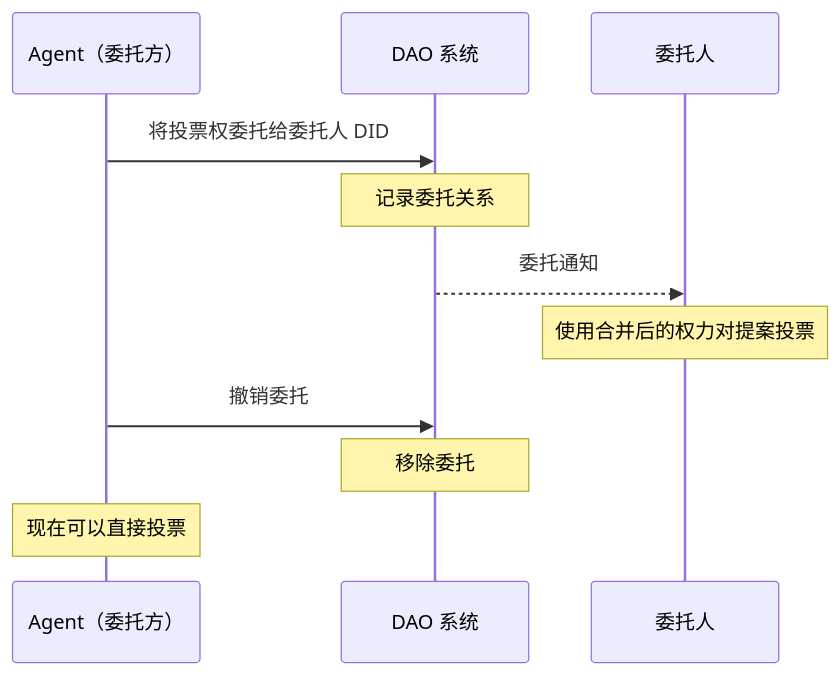
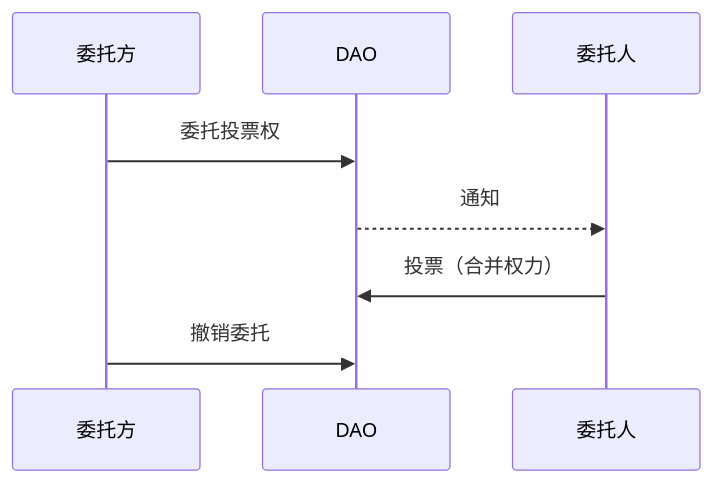
The second of 3 diagrams in packages/docs/content/docs/getting-started/core-concepts/dao.zh.md (claw-network/clawnet), drawn with Mermaid before and after one commit. The commit also changed other lines of this file and 14 other files, not shown here.

First line of the commit message:
Refactor diagrams and improve clarity in DAO, Identity, Markets, Reputation, Service Contracts, and Wallet documentation

````diff
--- a/packages/docs/content/docs/getting-started/core-concepts/dao.zh.md
+++ b/packages/docs/content/docs/getting-started/core-concepts/dao.zh.md
@@ -84,15 +84,11 @@
 ```mermaid
 sequenceDiagram
-    participant Agent as Agent（委托方）
-    participant DAO as DAO 系统
-    participant Delegate as 委托人
+    participant A as 委托方
+    participant D as DAO
+    participant B as 委托人
 
-    Agent->>DAO: 将投票权委托给委托人 DID
-    Note over DAO: 记录委托关系
-    DAO-->>Delegate: 委托通知
-    Note over Delegate: 使用合并后的权力对提案投票
-
-    Agent->>DAO: 撤销委托
-    Note over DAO: 移除委托
-    Note over Agent: 现在可以直接投票
+    A->>D: 委托投票权
+    D-->>B: 通知
+    B->>D: 投票（合并权力）
+    A->>D: 撤销委托
 ```
````
